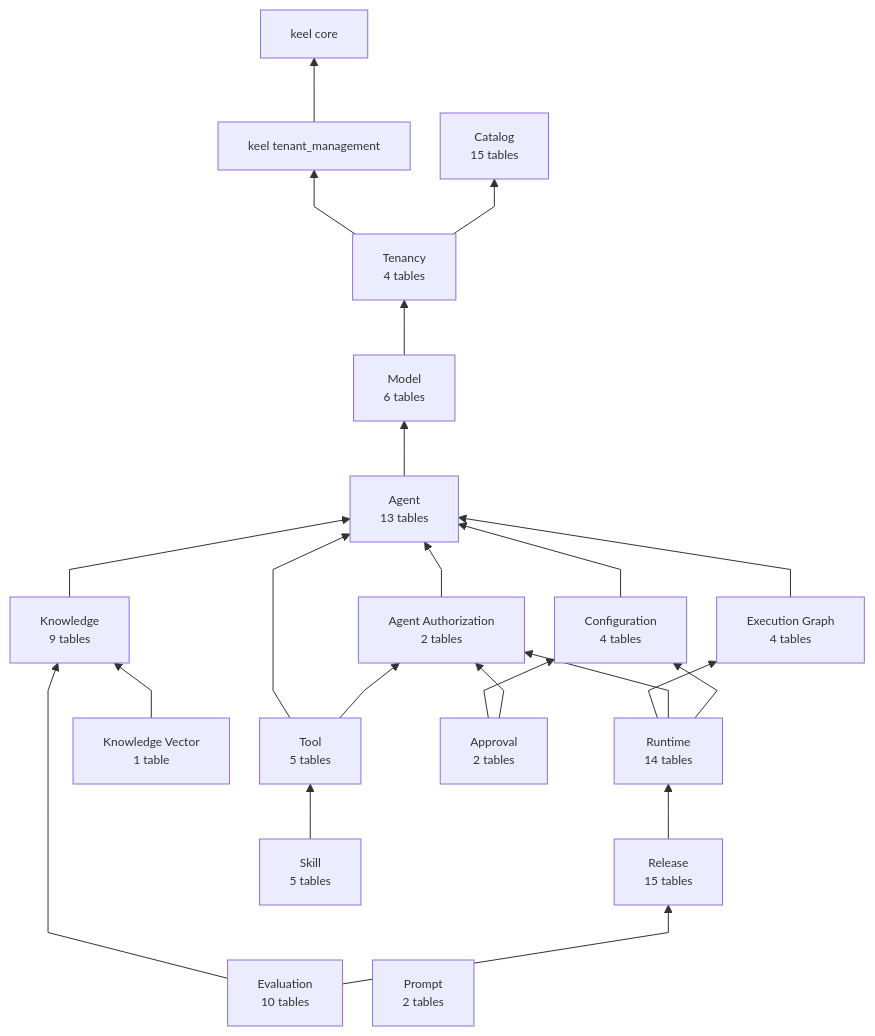
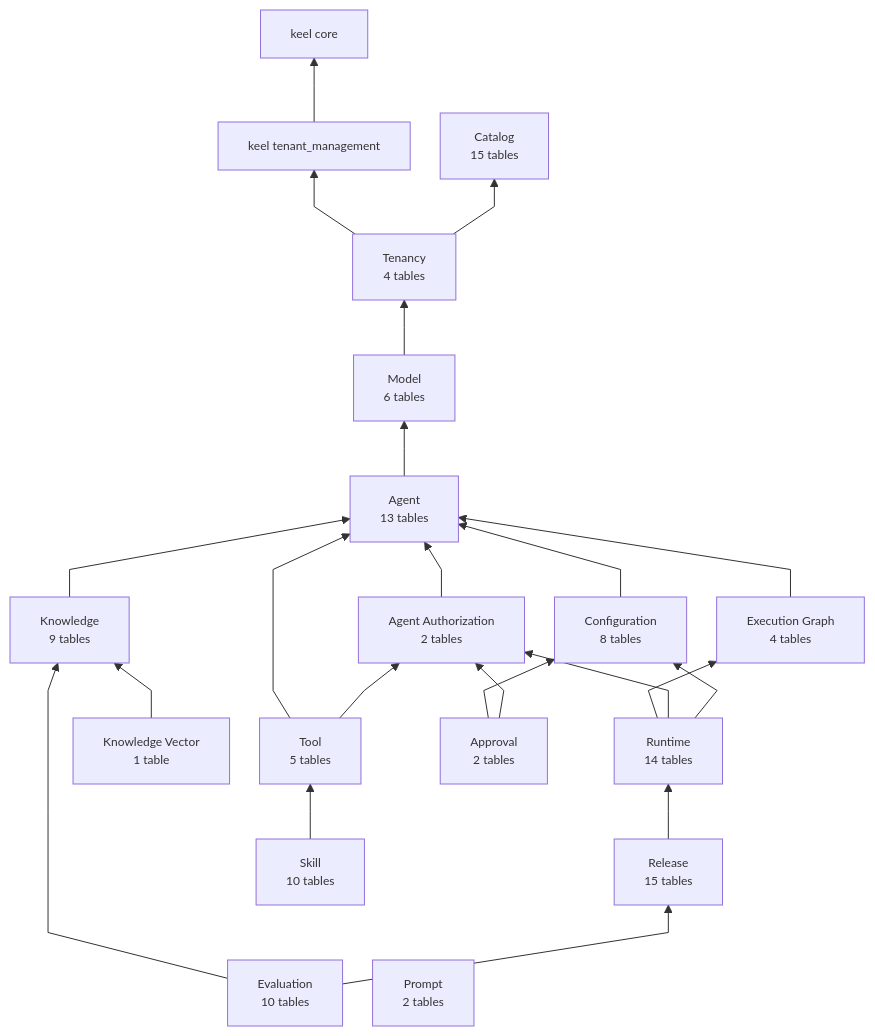
Before and after one commit to nauticana/scout: the first of 18 diagrams in doc/database.md, drawn with Mermaid. The commit also changed other lines of this file and 77 other files, not shown here.

Commit message:
Every settled run, skill requirements and a platform skill catalog, platform and tenant restriction layers, Charter identity binding and Charter-governed tool calls; approval notices through the keel outbox; mcp-go v1, keel v1.2.87, Charter v1.2.3

````diff
--- a/doc/database.md
+++ b/doc/database.md
@@ -21,45 +21,45 @@
 ```mermaid
 %%{init: {"flowchart": {"curve": "linear", "nodeSpacing": 30, "rankSpacing": 55, "diagramPadding": 12}, "themeVariables": {"fontSize": "12px"}}}%%
 flowchart BT
 
     tenant_management --> core
     tenancy --> tenant_management
     tenancy --> catalog
     model --> tenancy
     agent --> model
     tool --> agent
     tool --> agent_authorization_module
     knowledge --> agent
     configuration_module --> agent
     execution_graph_module --> agent
     agent_authorization_module --> agent
     knowledge_vector --> knowledge
     runtime --> execution_graph_module
     runtime --> agent_authorization_module
     runtime --> configuration_module
     release --> runtime
     evaluation --> knowledge
     evaluation --> release
     approval --> configuration_module
     approval --> agent_authorization_module
     skill --> tool
 
     core["keel core"]
     tenant_management["keel tenant_management"]
     catalog["Catalog<br/>15 tables"]
     tenancy["Tenancy<br/>4 tables"]
     prompt["Prompt<br/>2 tables"]
     model["Model<br/>6 tables"]
     agent["Agent<br/>13 tables"]
     tool["Tool<br/>5 tables"]
     execution_graph_module["Execution Graph<br/>4 tables"]
     knowledge["Knowledge<br/>9 tables"]
     knowledge_vector["Knowledge Vector<br/>1 table"]
     runtime["Runtime<br/>14 tables"]
     release["Release<br/>15 tables"]
     evaluation["Evaluation<br/>10 tables"]
     agent_authorization_module["Agent Authorization<br/>2 tables"]
-    configuration_module["Configuration<br/>4 tables"]
+    configuration_module["Configuration<br/>8 tables"]
     approval["Approval<br/>2 tables"]
-    skill["Skill<br/>5 tables"]
+    skill["Skill<br/>10 tables"]
 ```
````
